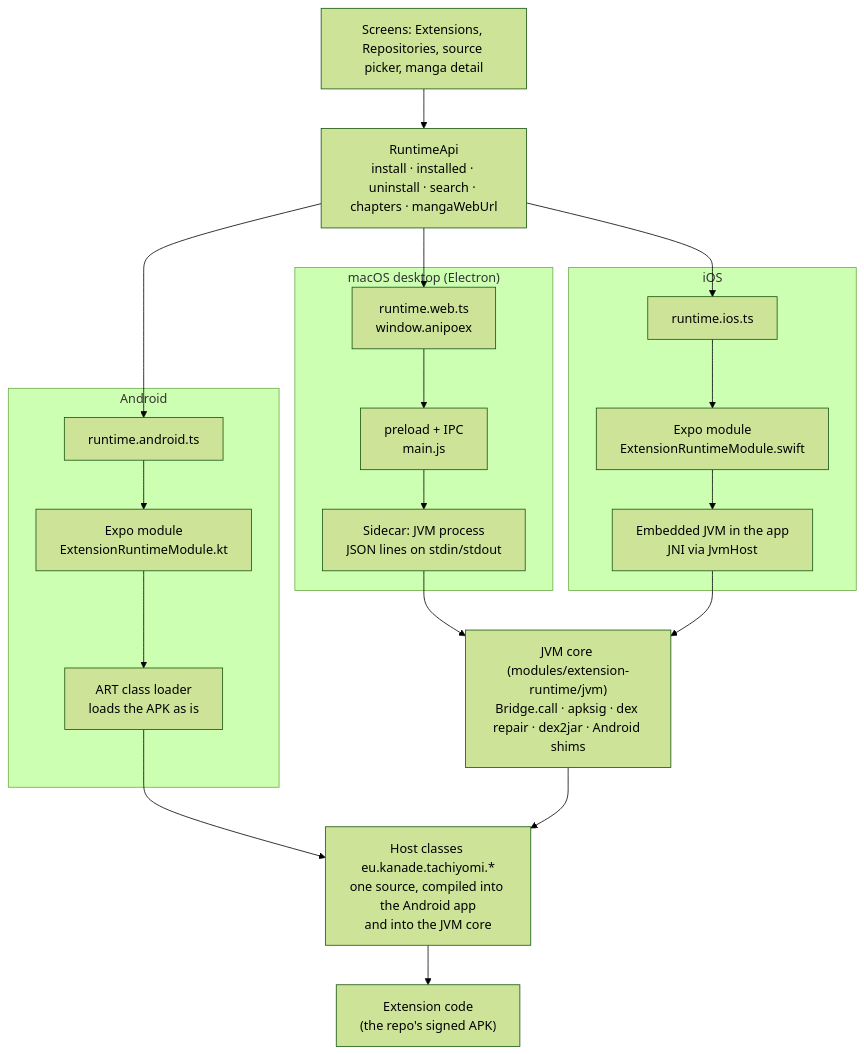
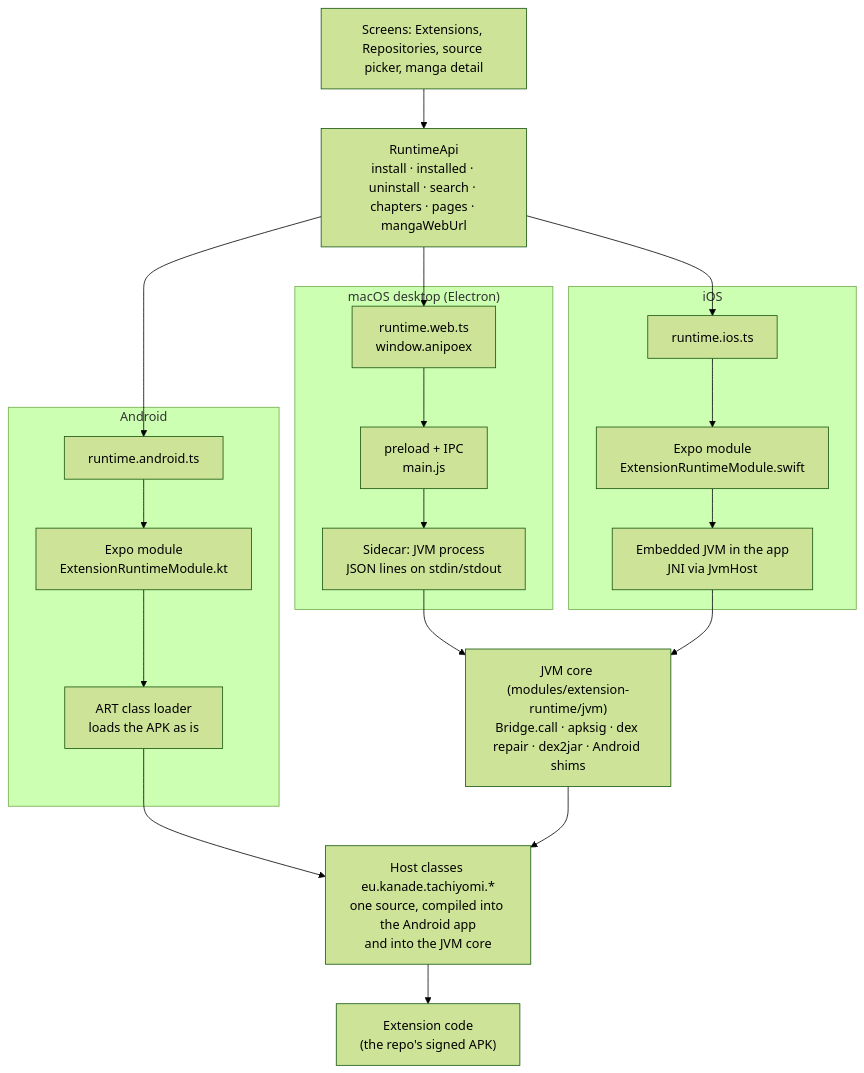
Before and after one commit to Carloss616/anipoex: the first of 8 diagrams in docs/extensions.md, drawn with Mermaid (forest theme). The commit also changed other lines of this file, not shown here.

````diff
--- a/docs/extensions.md
+++ b/docs/extensions.md
@@ -9,42 +9,42 @@
 ```mermaid
 flowchart TD
     UI["Screens: Extensions, Repositories, source picker, manga detail"]
-    API["RuntimeApi<br/>install · installed · uninstall · search · chapters · mangaWebUrl"]
+    API["RuntimeApi<br/>install · installed · uninstall · search · chapters · pages · mangaWebUrl"]
     UI --> API
 
     subgraph AND["Android"]
         A1["runtime.android.ts"]
         A2["Expo module<br/>ExtensionRuntimeModule.kt"]
         A3["ART class loader<br/>loads the APK as is"]
         A1 --> A2 --> A3
     end
 
     subgraph DESK["macOS desktop (Electron)"]
         D1["runtime.web.ts<br/>window.anipoex"]
         D2["preload + IPC<br/>main.js"]
         D3["Sidecar: JVM process<br/>JSON lines on stdin/stdout"]
         D1 --> D2 --> D3
     end
 
     subgraph IOS["iOS"]
         I1["runtime.ios.ts"]
         I2["Expo module<br/>ExtensionRuntimeModule.swift"]
         I3["Embedded JVM in the app<br/>JNI via JvmHost"]
         I1 --> I2 --> I3
     end
 
     API --> A1
     API --> D1
     API --> I1
 
     CORE["JVM core (modules/extension-runtime/jvm)<br/>Bridge.call · apksig · dex repair · dex2jar · Android shims"]
     D3 --> CORE
     I3 --> CORE
 
     HOST["Host classes eu.kanade.tachiyomi.*<br/>one source, compiled into the Android app<br/>and into the JVM core"]
     A3 --> HOST
     CORE --> HOST
 
     EXT["Extension code<br/>(the repo's signed APK)"]
     HOST --> EXT
 ```
````
